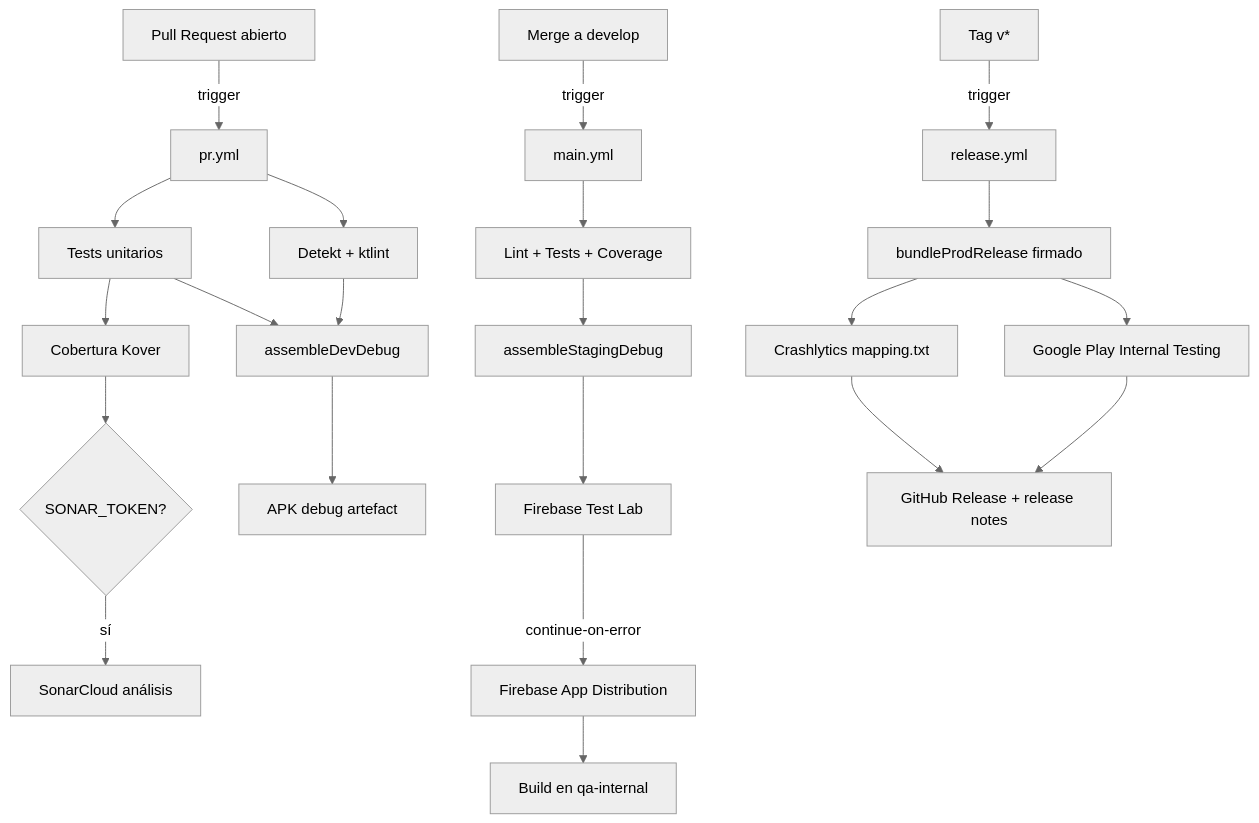
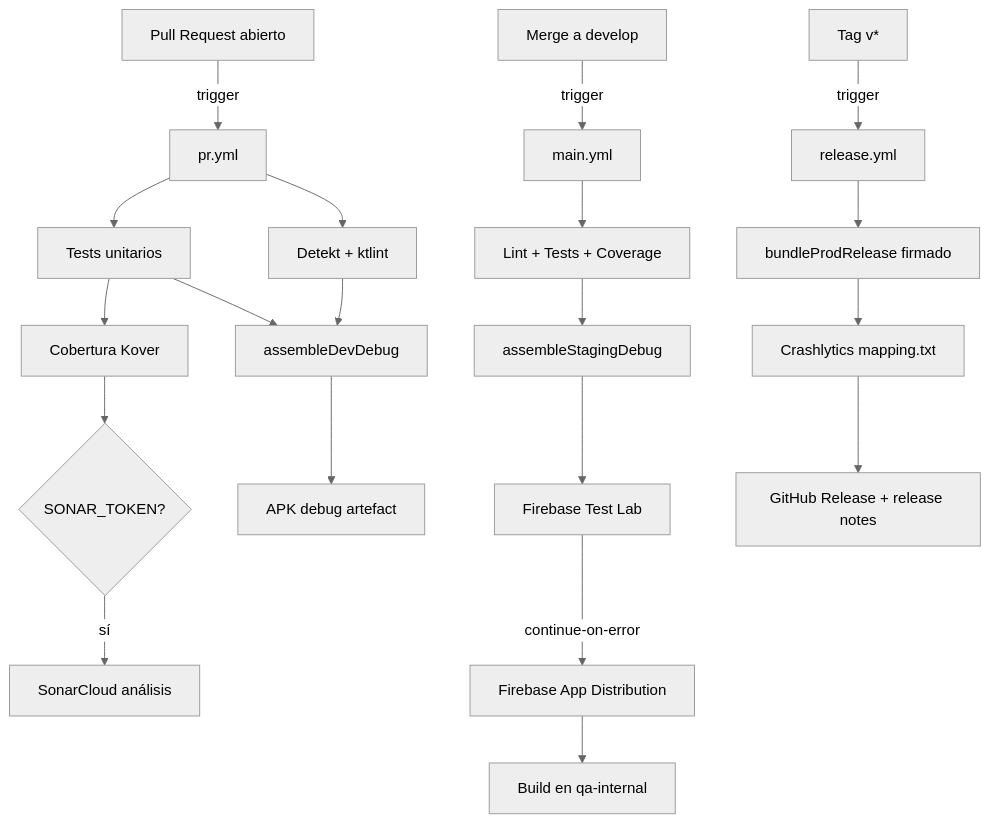
One commit to spanesso/android-fake-store-app changed the diagram in docs/ci-cd.md. Above: the diagram before and after it, drawn with Mermaid (neutral theme). The commit also changed other lines of this file and 9 other files, not shown here.

````diff
--- a/docs/ci-cd.md
+++ b/docs/ci-cd.md
@@ -23,24 +22,23 @@
 ```mermaid
 flowchart TD
     PR[Pull Request abierto] -->|trigger| prJob[pr.yml]
     prJob --> lint[Detekt + ktlint]
     prJob --> test[Tests unitarios]
     test --> coverage[Cobertura Kover]
     coverage --> sonar{SONAR_TOKEN?}
     sonar -->|sí| sonarcloud[SonarCloud análisis]
     lint & test --> build[assembleDevDebug]
     build --> artifact1[APK debug artefact]
 
     MERGE[Merge a develop] -->|trigger| mainJob[main.yml]
     mainJob --> lint2[Lint + Tests + Coverage]
     lint2 --> buildStaging[assembleStagingDebug]
     buildStaging --> testLab[Firebase Test Lab]
     testLab -->|continue-on-error| dist[Firebase App Distribution]
     dist --> qa[Build en qa-internal]
 
     TAG[Tag v*] -->|trigger| releaseJob[release.yml]
     releaseJob --> bundleProd[bundleProdRelease firmado]
-    bundleProd --> uploadPlay[Google Play Internal Testing]
     bundleProd --> uploadMapping[Crashlytics mapping.txt]
-    uploadPlay & uploadMapping --> ghRelease[GitHub Release + release notes]
+    uploadMapping --> ghRelease[GitHub Release + release notes]
 ```
````
